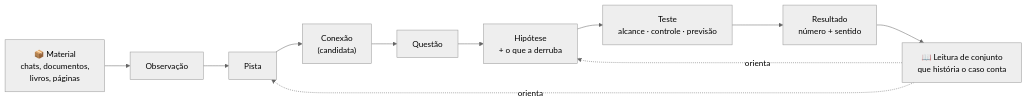
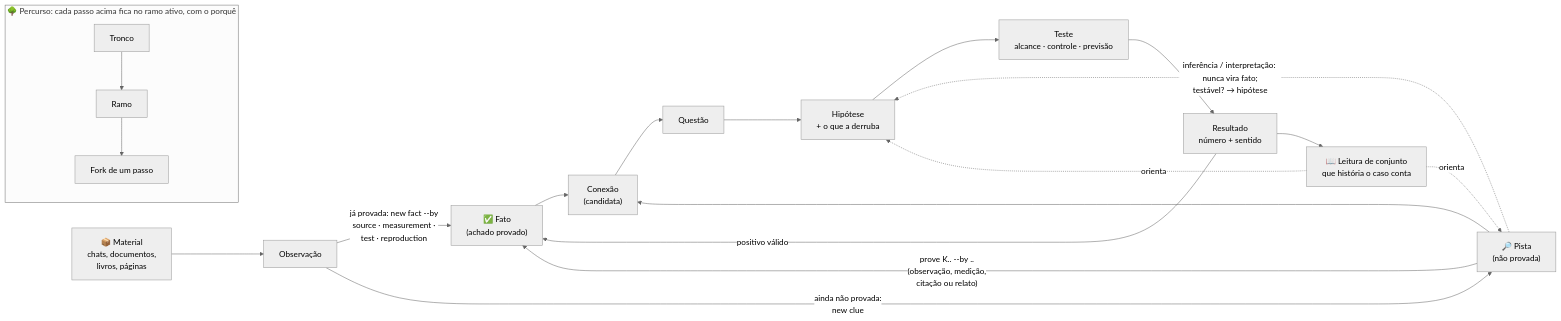
One commit to jhonymiler/holmes changed the first of 2 diagrams in README.pt-BR.md. Above: the diagram before and after it, drawn with Mermaid (neutral theme). The commit also changed other lines of this file and 74 other files, not shown here.

````diff
--- a/README.pt-BR.md
+++ b/README.pt-BR.md
@@ -40,13 +46,21 @@
 ```mermaid
 flowchart LR
     M["📦 Material<br/>chats, documentos,<br/>livros, páginas"] --> OB["Observação"]
-    OB --> PI["Pista"]
+    OB -- "já provada: new fact --by<br/>source · measurement ·<br/>test · reproduction" --> FA["✅ Fato<br/>(achado provado)"]
+    OB -- "ainda não provada:<br/>new clue" --> PI["🔎 Pista<br/>(não provada)"]
+    PI -- "prove K.. --by ..<br/>(observação, medição,<br/>citação ou relato)" --> FA
     PI --> CO["Conexão<br/>(candidata)"]
+    FA --> CO
     CO --> Q["Questão"]
     Q --> H["Hipótese<br/>+ o que a derruba"]
+    PI -. "inferência / interpretação: nunca vira fato;<br/>testável? → hipótese" .-> H
     H --> T["Teste<br/>alcance · controle · previsão"]
     T --> R["Resultado<br/>número + sentido"]
+    R -- "positivo válido" --> FA
     R --> L["📖 Leitura de conjunto<br/>que história o caso conta"]
     L -. orienta .-> PI
     L -. orienta .-> H
+    subgraph PERCURSO["🌳 Percurso: cada passo acima fica no ramo ativo, com o porquê"]
+        B1["Tronco"] --> B2["Ramo"] --> B3["Fork de um passo"]
+    end
 ```
````
